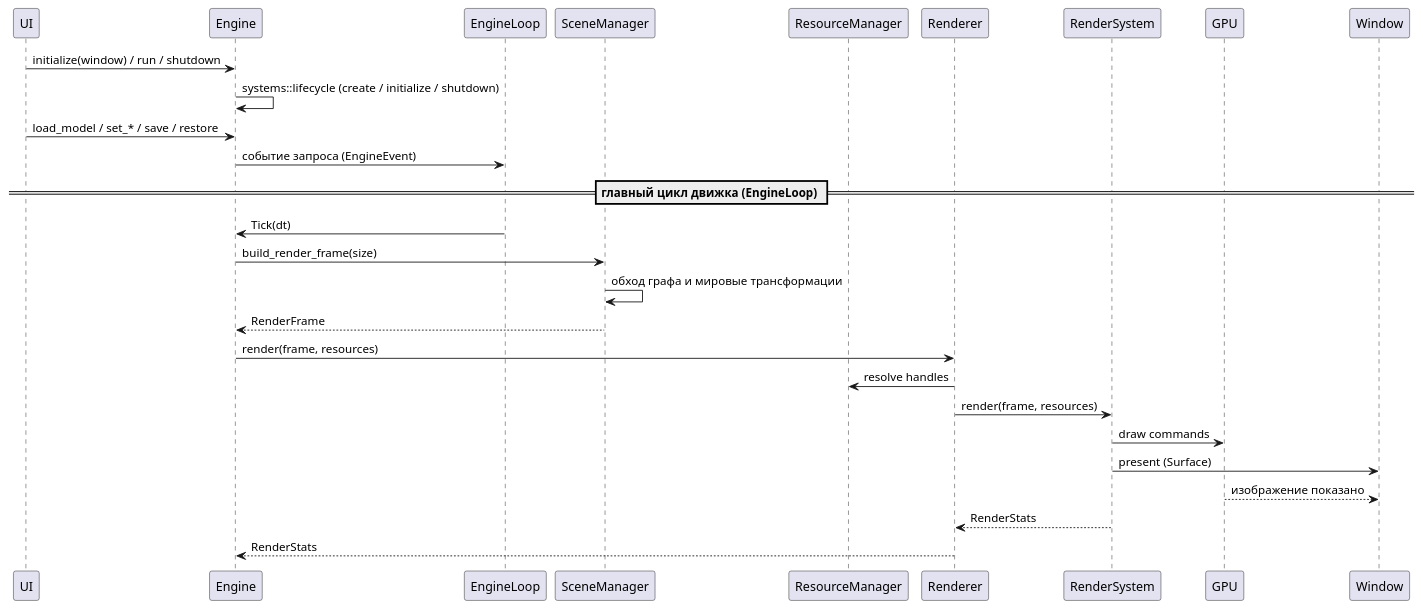
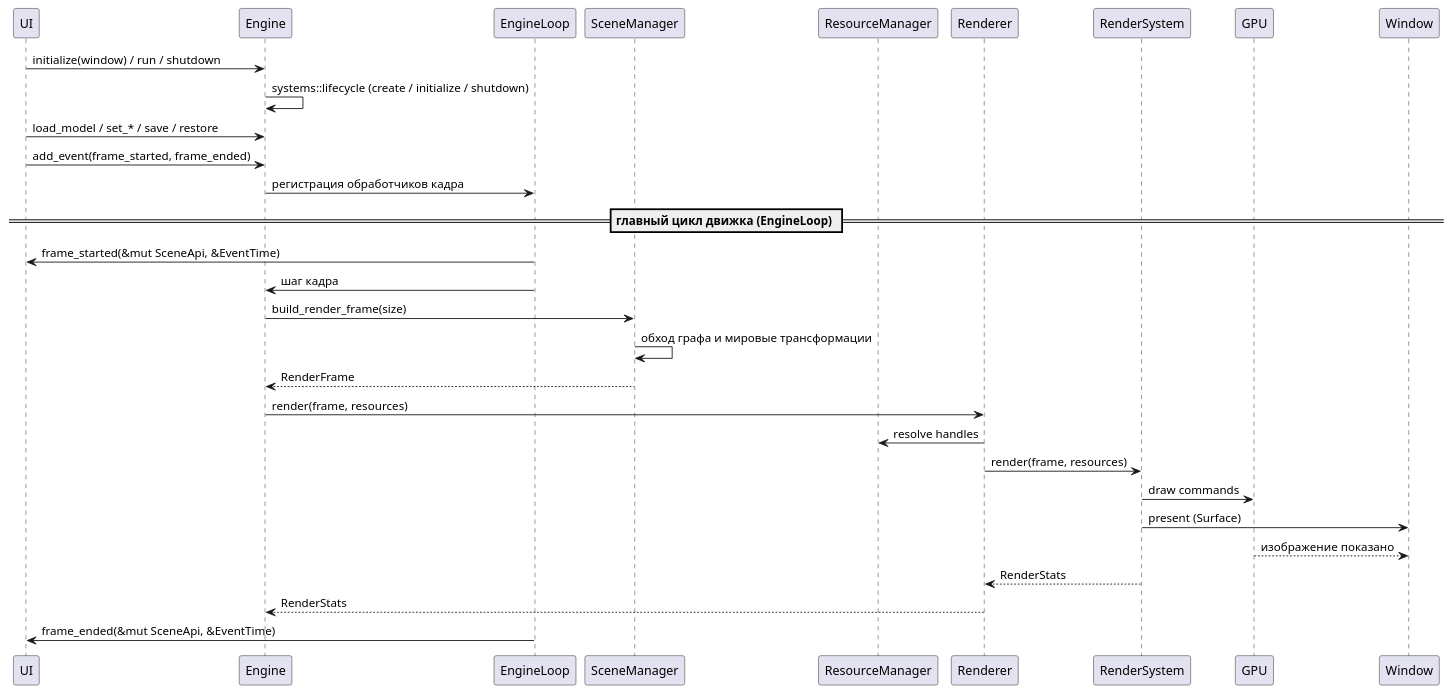
One commit to BFGEG/BFGE changed the second of 5 diagrams in docs/FREAK_Engine_Architecture.md. Above: the diagram before and after it, drawn with PlantUML. The commit also changed other lines of this file and 4 other files, not shown here.

````diff
--- a/docs/FREAK_Engine_Architecture.md
+++ b/docs/FREAK_Engine_Architecture.md
@@ -1200,38 +1213,42 @@
 ```plantuml
 @startuml
 
 participant UI
 participant Engine
 participant EngineLoop
 participant SceneManager
 participant ResourceManager
 participant Renderer
 participant RenderSystem
 participant GPU
 participant Window
 
 UI -> Engine : initialize(window) / run / shutdown
 Engine -> Engine : systems::lifecycle (create / initialize / shutdown)
 
 UI -> Engine : load_model / set_* / save / restore
-Engine -> EngineLoop : событие запроса (EngineEvent)
+UI -> Engine : add_event(frame_started, frame_ended)
+Engine -> EngineLoop : регистрация обработчиков кадра
 
 == главный цикл движка (EngineLoop) ==
 
-EngineLoop -> Engine : Tick(dt)
+EngineLoop -> UI : frame_started(&mut SceneApi, &EventTime)
+EngineLoop -> Engine : шаг кадра
 Engine -> SceneManager : build_render_frame(size)
 SceneManager -> SceneManager : обход графа и мировые трансформации
 SceneManager --> Engine : RenderFrame
 
 Engine -> Renderer : render(frame, resources)
 Renderer -> ResourceManager : resolve handles
 Renderer -> RenderSystem : render(frame, resources)
 RenderSystem -> GPU : draw commands
 RenderSystem -> Window : present (Surface)
 GPU --> Window : изображение показано
 
 RenderSystem --> Renderer : RenderStats
 Renderer --> Engine : RenderStats
 
+EngineLoop -> UI : frame_ended(&mut SceneApi, &EventTime)
+
 @enduml
 ```
````
